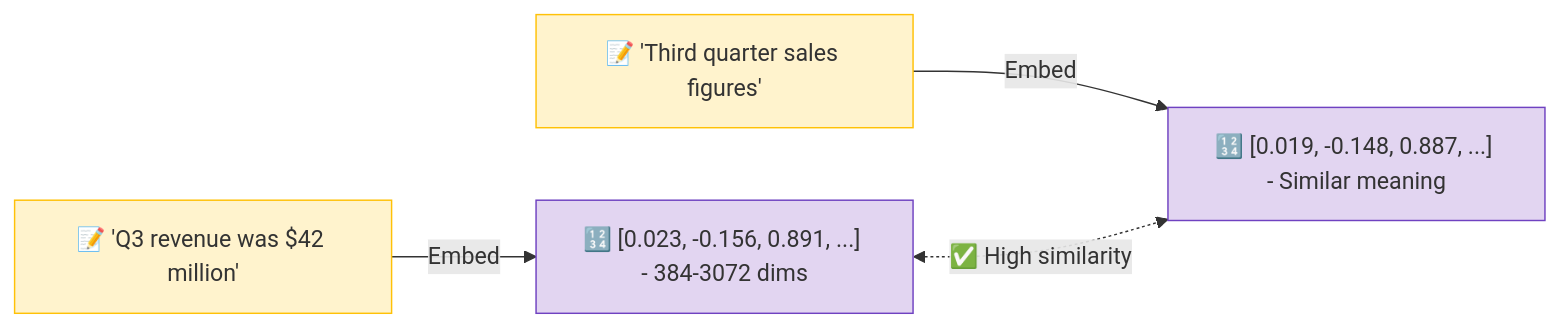
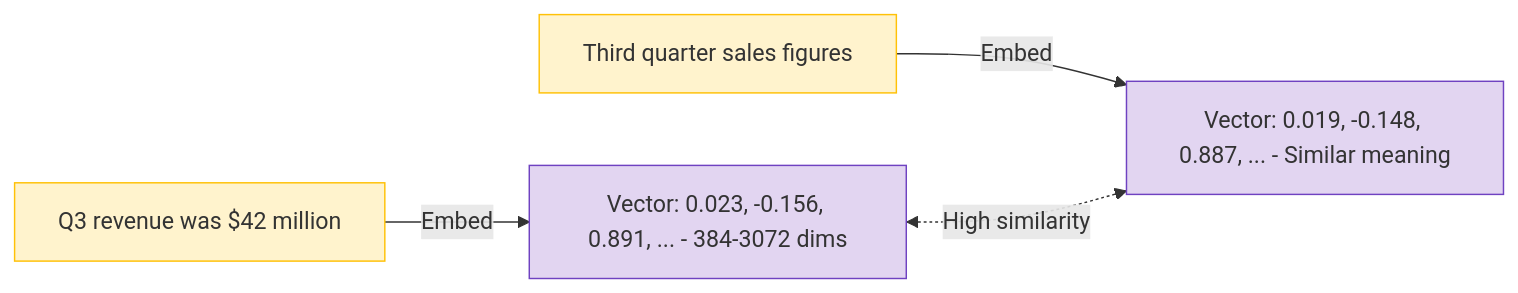
The fourth of 10 diagrams in docs/04-rag-deep-dive.md (ithinktavo/GenAI-Engineering-Handbook), drawn with Mermaid before and after one commit. The commit also changed other lines of this file and 10 other files, not shown here.

Commit message:
Diagram updates

````diff
--- a/docs/04-rag-deep-dive.md
+++ b/docs/04-rag-deep-dive.md
@@ -194,12 +194,12 @@
 ```mermaid
 graph LR
-    T1["📝 'Q3 revenue was $42 million'"] -->|Embed| V1["🔢 [0.023, -0.156, 0.891, ...] - 384-3072 dims"]
-    T2["📝 'Third quarter sales figures'"] -->|Embed| V2["🔢 [0.019, -0.148, 0.887, ...] - Similar meaning"]
+    T1["Q3 revenue was $42 million"] -->|Embed| V1["Vector: 0.023, -0.156, 0.891, ... - 384-3072 dims"]
+    T2["Third quarter sales figures"] -->|Embed| V2["Vector: 0.019, -0.148, 0.887, ... - Similar meaning"]
 
-    V1 <-.->|"✅ High similarity"| V2
+    V1 <-.->|"High similarity"| V2
 
     style T1 fill:#fff3cd,stroke:#ffc107
     style T2 fill:#fff3cd,stroke:#ffc107
     style V1 fill:#e2d5f1,stroke:#6f42c1
     style V2 fill:#e2d5f1,stroke:#6f42c1
 ```
````
